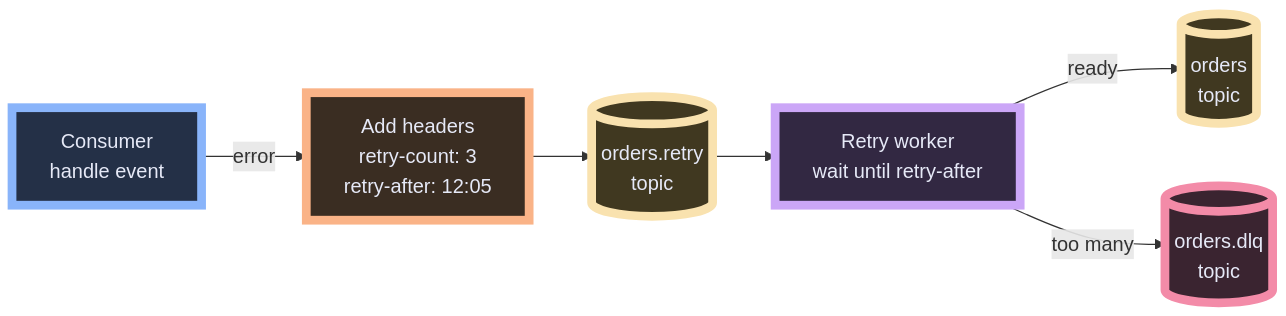
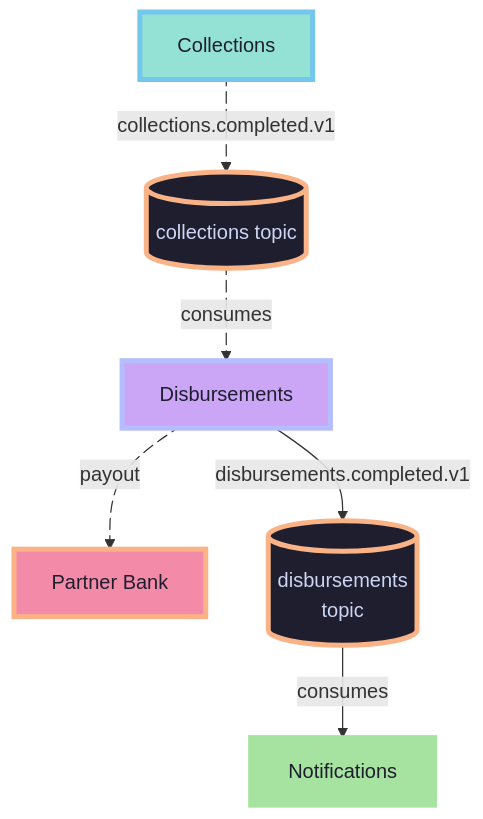
Diagram 11 of 40 in content/slides/go-labs-eda-go-kafka/slides.md (hmajid2301/blog), drawn with Mermaid before and after one commit. The commit also changed other lines of this file and 10 other files, not shown here.

````diff
--- a/content/slides/go-labs-eda-go-kafka/slides.md
+++ b/content/slides/go-labs-eda-go-kafka/slides.md
@@ -581,20 +448,23 @@
 ```mermaid
-flowchart LR
-    CON["Consumer\nhandle event"] -->|"error"| HDR["Add headers\nretry-count: 3\nretry-after: 12:05"]
-    HDR --> RETRY[("orders.retry\ntopic")]
-    RETRY --> WORKER["Retry worker\nwait until retry-after"]
-    WORKER -->|"ready"| ORD[("orders\ntopic")]
-    WORKER -->|"too many"| DLQ[("orders.dlq\ntopic")]
+flowchart TD
+    E["Collections"] publish@-->|"collections.completed.v1"| T[("collections topic")]
+    T consume@-->|"consumes"| C2["Disbursements"]
+    C2 bankCall@-->|"payout"| BANK["Partner Bank"]
+    C2 publishPayout@-->|"disbursements.completed.v1"| D[("disbursements<br/>topic")]
+    D notify@-->|"consumes"| N["Notifications"]
+    publish@{ animation: slow }
+    consume@{ animation: slow }
+    bankCall@{ animation: slow }
 
-    classDef consumer fill:#243047,stroke:#89b4fa,stroke-width:7px,color:#e6e9f7;
-    classDef header fill:#3a2d22,stroke:#fab387,stroke-width:7px,color:#e6e9f7;
-    classDef retry fill:#403820,stroke:#f9e2af,stroke-width:7px,color:#e6e9f7;
-    classDef worker fill:#322842,stroke:#cba6f7,stroke-width:7px,color:#e6e9f7;
-    classDef dlq fill:#3a2430,stroke:#f38ba8,stroke-width:7px,color:#e6e9f7;
+    classDef topic fill:#1e1e2e,stroke:#fab387,stroke-width:4px,color:#cdd6f4;
+    classDef collections fill:#94e2d5,stroke:#74c7ec,stroke-width:4px,color:#1e1e2e;
+    classDef disbursements fill:#cba6f7,stroke:#b4befe,stroke-width:4px,color:#1e1e2e;
+    classDef bank fill:#f38ba8,stroke:#fab387,stroke-width:4px,color:#1e1e2e;
+    classDef notifications fill:#a6e3a1,stroke:#a6e3a1,stroke-width:4px,color:#1e1e2e;
 
-    class CON consumer;
-    class HDR header;
-    class RETRY,ORD retry;
-    class WORKER worker;
-    class DLQ dlq;
+    class T,D topic;
+    class E collections;
+    class C2 disbursements;
+    class BANK bank;
+    class N notifications;
 ```
````
